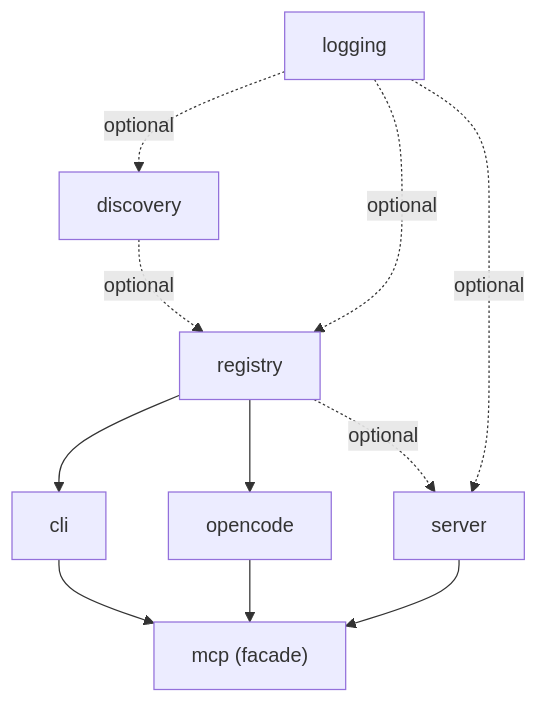
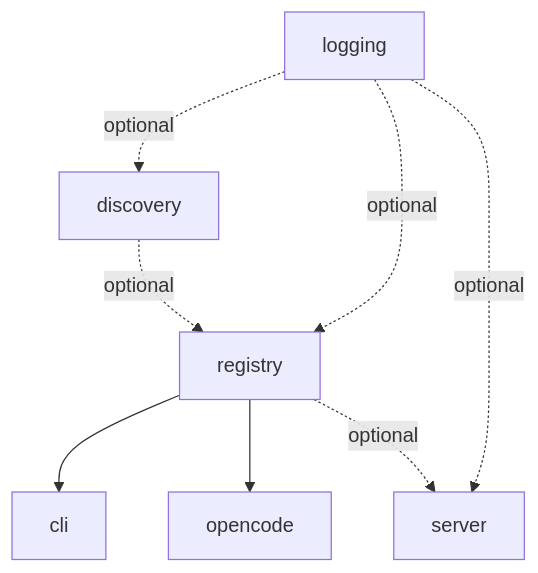
Before and after one commit to rektide/gunshi-mcp: the second of 2 diagrams in doc/discovery/library.opus.md, drawn with Mermaid. The commit also changed other lines of this file and 1 other file, not shown here.

````diff
--- a/doc/discovery/library.opus.md
+++ b/doc/discovery/library.opus.md
@@ -602,22 +342,16 @@
 ```mermaid
 flowchart TB
   logging["logging"]
 
   logging -.->|optional| discovery
   logging -.->|optional| registry
   logging -.->|optional| server
 
   discovery -.->|optional| registry
 
   registry --> cli
   registry --> opencode
   registry -.->|optional| server
 
-  cli --> mcp
-  opencode --> mcp
-  server --> mcp
-
-  mcp["mcp (facade)"]
-
   classDef optional stroke-dasharray: 5 5
 ```
````
